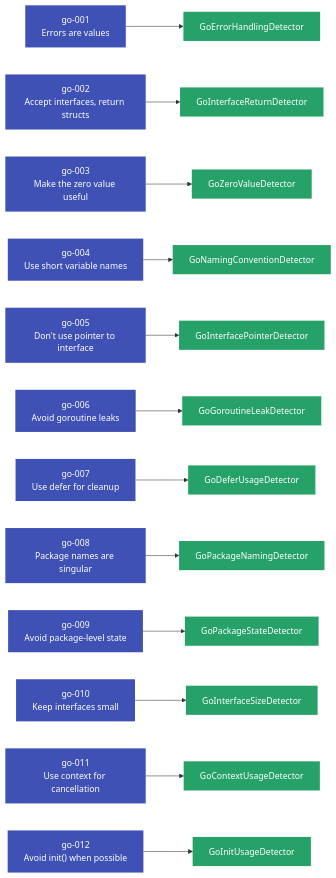
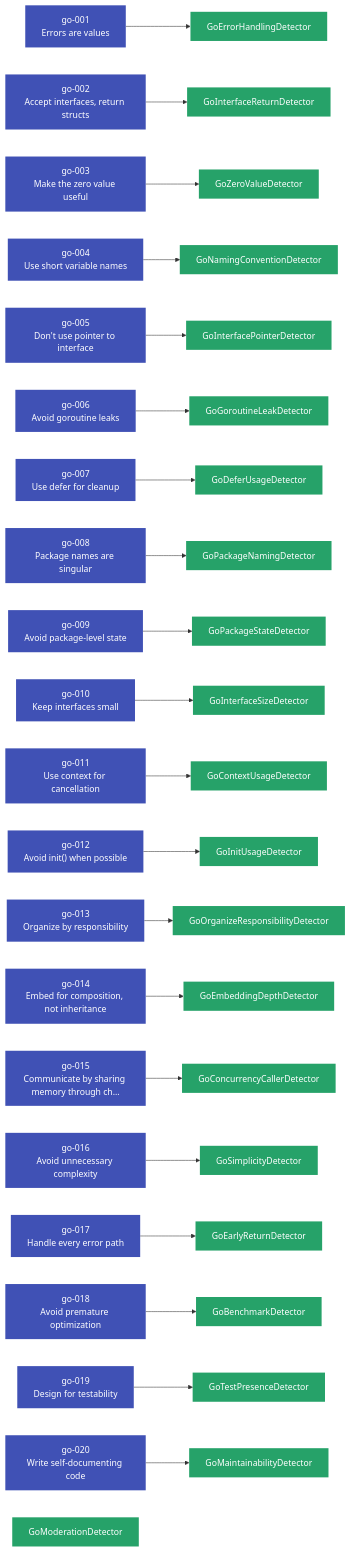
Before and after one commit to Anselmoo/mcp-zen-of-languages: the diagram in docs/user-guide/languages/go.md, drawn with Mermaid. The commit also changed other lines of this file and 43 other files, not shown here.

````diff
--- a/docs/user-guide/languages/go.md
+++ b/docs/user-guide/languages/go.md
@@ -289,10 +443,26 @@
     go_010["go-010<br/>Keep interfaces small"]
     go_011["go-011<br/>Use context for cancellation"]
     go_012["go-012<br/>Avoid init() when possible"]
+    go_013["go-013<br/>Organize by responsibility"]
+    go_014["go-014<br/>Embed for composition, not inheritance"]
+    go_015["go-015<br/>Communicate by sharing memory through ch..."]
+    go_016["go-016<br/>Avoid unnecessary complexity"]
+    go_017["go-017<br/>Handle every error path"]
+    go_018["go-018<br/>Avoid premature optimization"]
+    go_019["go-019<br/>Design for testability"]
+    go_020["go-020<br/>Write self-documenting code"]
+    det_GoBenchmarkDetector["GoBenchmarkDetector"]
+    go_018 --> det_GoBenchmarkDetector
+    det_GoConcurrencyCallerDetector["GoConcurrencyCallerDetector"]
+    go_015 --> det_GoConcurrencyCallerDetector
     det_GoContextUsageDetector["GoContextUsageDetector"]
     go_011 --> det_GoContextUsageDetector
     det_GoDeferUsageDetector["GoDeferUsageDetector"]
     go_007 --> det_GoDeferUsageDetector
+    det_GoEarlyReturnDetector["GoEarlyReturnDetector"]
+    go_017 --> det_GoEarlyReturnDetector
+    det_GoEmbeddingDepthDetector["GoEmbeddingDepthDetector"]
+    go_014 --> det_GoEmbeddingDepthDetector
     det_GoErrorHandlingDetector["GoErrorHandlingDetector"]
     go_001 --> det_GoErrorHandlingDetector
     det_GoGoroutineLeakDetector["GoGoroutineLeakDetector"]
@@ -305,12 +475,21 @@
     go_002 --> det_GoInterfaceReturnDetector
     det_GoInterfaceSizeDetector["GoInterfaceSizeDetector"]
     go_010 --> det_GoInterfaceSizeDetector
+    det_GoMaintainabilityDetector["GoMaintainabilityDetector"]
+    go_020 --> det_GoMaintainabilityDetector
+    det_GoModerationDetector["GoModerationDetector"]
     det_GoNamingConventionDetector["GoNamingConventionDetector"]
     go_004 --> det_GoNamingConventionDetector
+    det_GoOrganizeResponsibilityDetector["GoOrganizeResponsibilityDetector"]
+    go_013 --> det_GoOrganizeResponsibilityDetector
     det_GoPackageNamingDetector["GoPackageNamingDetector"]
     go_008 --> det_GoPackageNamingDetector
     det_GoPackageStateDetector["GoPackageStateDetector"]
     go_009 --> det_GoPackageStateDetector
+    det_GoSimplicityDetector["GoSimplicityDetector"]
+    go_016 --> det_GoSimplicityDetector
+    det_GoTestPresenceDetector["GoTestPresenceDetector"]
+    go_019 --> det_GoTestPresenceDetector
     det_GoZeroValueDetector["GoZeroValueDetector"]
     go_003 --> det_GoZeroValueDetector
     classDef principle fill:#4051b5,color:#fff,stroke:none
@@ -327,16 +506,33 @@
     class go_010 principle
     class go_011 principle
     class go_012 principle
+    class go_013 principle
+    class go_014 principle
+    class go_015 principle
+    class go_016 principle
+    class go_017 principle
+    class go_018 principle
+    class go_019 principle
+    class go_020 principle
+    class det_GoBenchmarkDetector detector
+    class det_GoConcurrencyCallerDetector detector
     class det_GoContextUsageDetector detector
     class det_GoDeferUsageDetector detector
+    class det_GoEarlyReturnDetector detector
+    class det_GoEmbeddingDepthDetector detector
     class det_GoErrorHandlingDetector detector
     class det_GoGoroutineLeakDetector detector
     class det_GoInitUsageDetector detector
     class det_GoInterfacePointerDetector detector
     class det_GoInterfaceReturnDetector detector
     class det_GoInterfaceSizeDetector detector
+    class det_GoMaintainabilityDetector detector
+    class det_GoModerationDetector detector
     class det_GoNamingConventionDetector detector
+    class det_GoOrganizeResponsibilityDetector detector
     class det_GoPackageNamingDetector detector
     class det_GoPackageStateDetector detector
+    class det_GoSimplicityDetector detector
+    class det_GoTestPresenceDetector detector
     class det_GoZeroValueDetector detector
     ```
````
